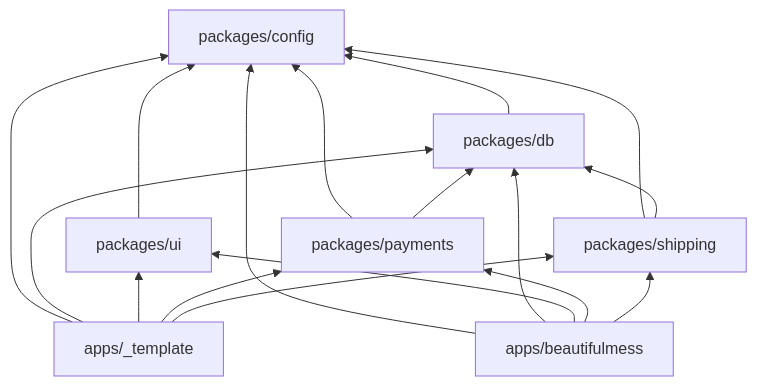
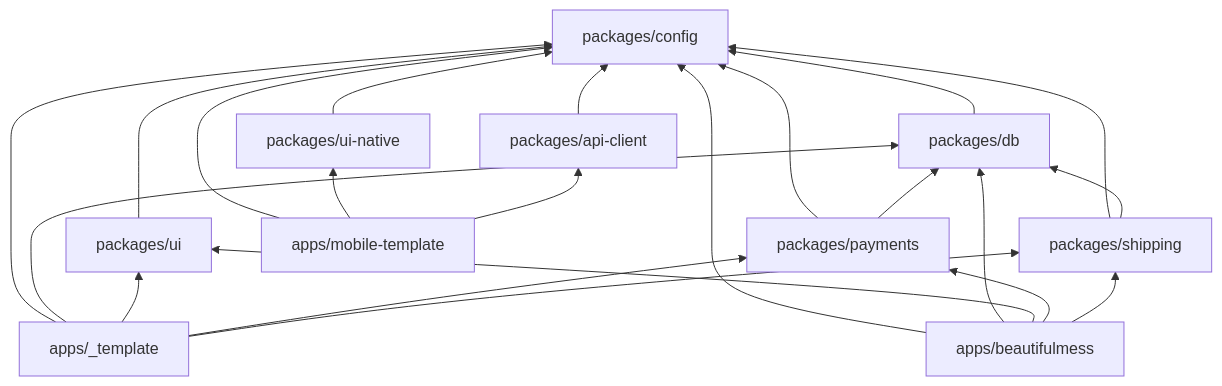
Before and after one commit to beautifulforceOrg/beautifulforce: the second of 11 diagrams in docs/architecture.md, drawn with Mermaid. The commit also changed other lines of this file and 20 other files, not shown here.

````diff
--- a/docs/architecture.md
+++ b/docs/architecture.md
@@ -57,27 +61,35 @@
 ```mermaid
 graph BT
   config["packages/config"]
   db["packages/db"]
   ui["packages/ui"]
+  uinative["packages/ui-native"]
+  apiclient["packages/api-client"]
   payments["packages/payments"]
   shipping["packages/shipping"]
   template["apps/_template"]
   beautifulmess["apps/beautifulmess"]
+  mobiletemplate["apps/mobile-template"]
 
   db --> config
   ui --> config
+  uinative --> config
+  apiclient --> config
   payments --> config
   payments --> db
   shipping --> config
   shipping --> db
   template --> config
   template --> db
   template --> ui
   template --> payments
   template --> shipping
   beautifulmess --> config
   beautifulmess --> db
   beautifulmess --> ui
   beautifulmess --> payments
   beautifulmess --> shipping
+  mobiletemplate --> config
+  mobiletemplate --> uinative
+  mobiletemplate --> apiclient
 ```
````
